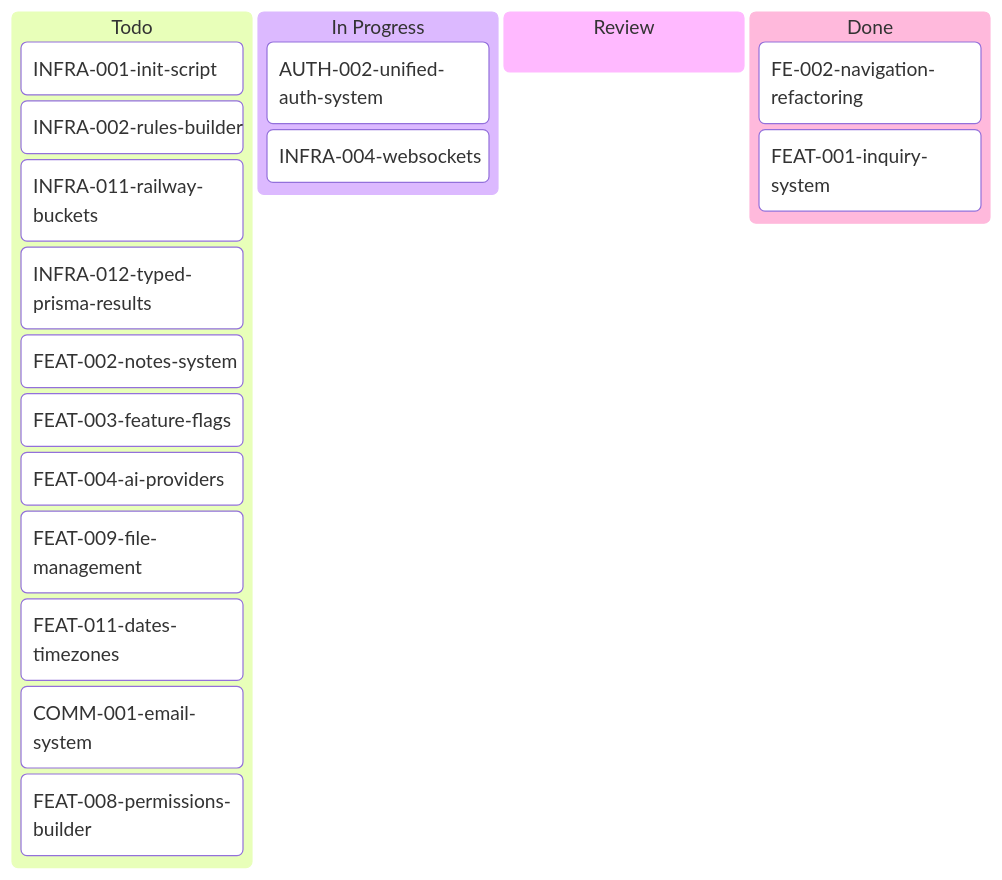
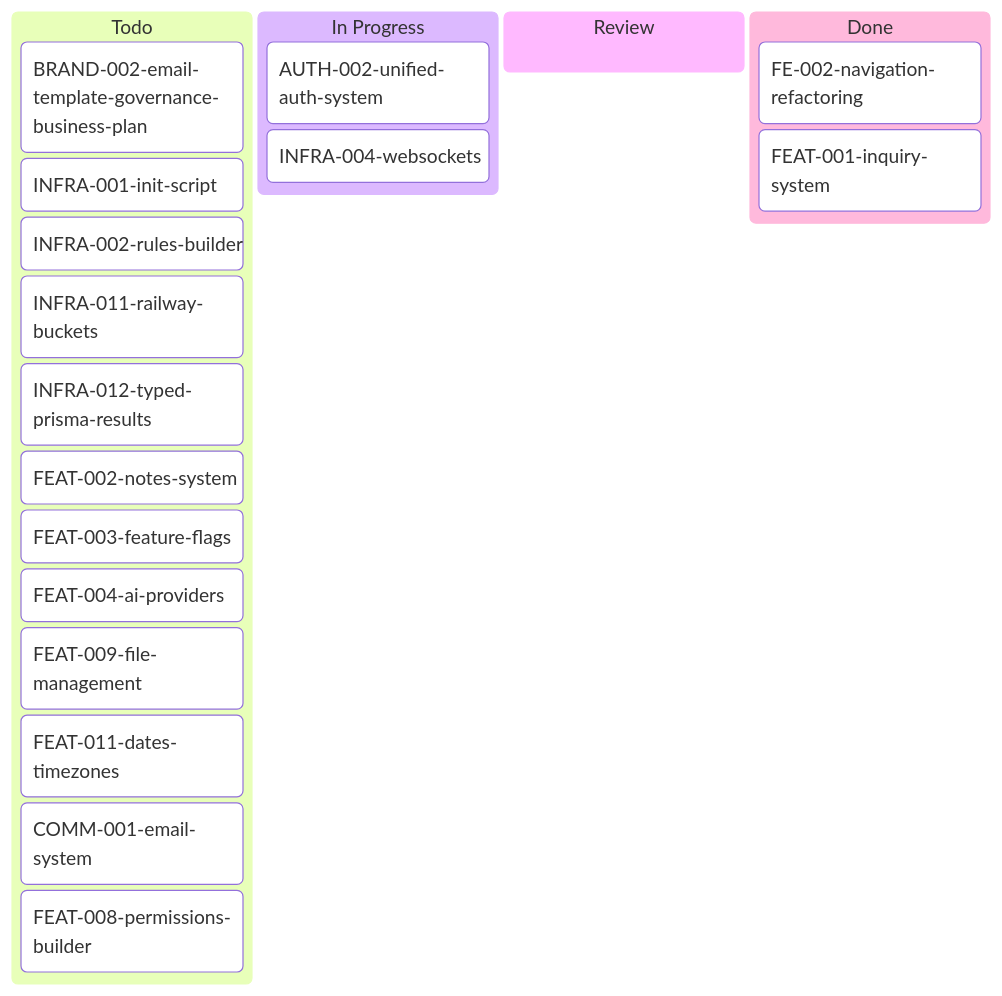
The diagram in tickets/kanban-aron.md (inixiative/template), drawn with Mermaid before and after one commit. The commit also changed other lines of this file and 1 other file, not shown here.

First line of the commit message:
Add BRAND-002: business plan for email template governance product

````diff
--- a/tickets/kanban-aron.md
+++ b/tickets/kanban-aron.md
@@ -3,27 +3,28 @@
 ```mermaid
 ---
 config:
   kanban:
     ticketBaseUrl: 'https://github.com/yourorg/template/blob/main/tickets/#TICKET#'
 ---
 kanban
   Todo
+    BRAND-002-email-template-governance-business-plan
     INFRA-001-init-script
     INFRA-002-rules-builder
     INFRA-011-railway-buckets
     INFRA-012-typed-prisma-results
     FEAT-002-notes-system
     FEAT-003-feature-flags
     FEAT-004-ai-providers
     FEAT-009-file-management
     FEAT-011-dates-timezones
     COMM-001-email-system
     FEAT-008-permissions-builder
   In Progress
     AUTH-002-unified-auth-system
     INFRA-004-websockets
   Review
   Done
     FE-002-navigation-refactoring
     FEAT-001-inquiry-system
 ```
````
